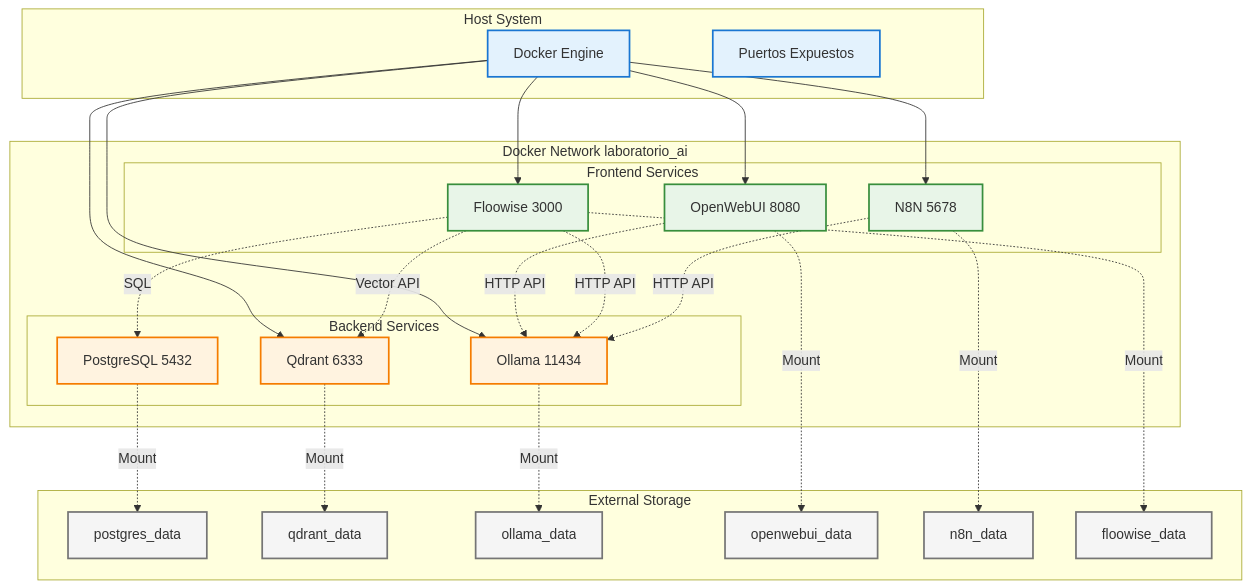
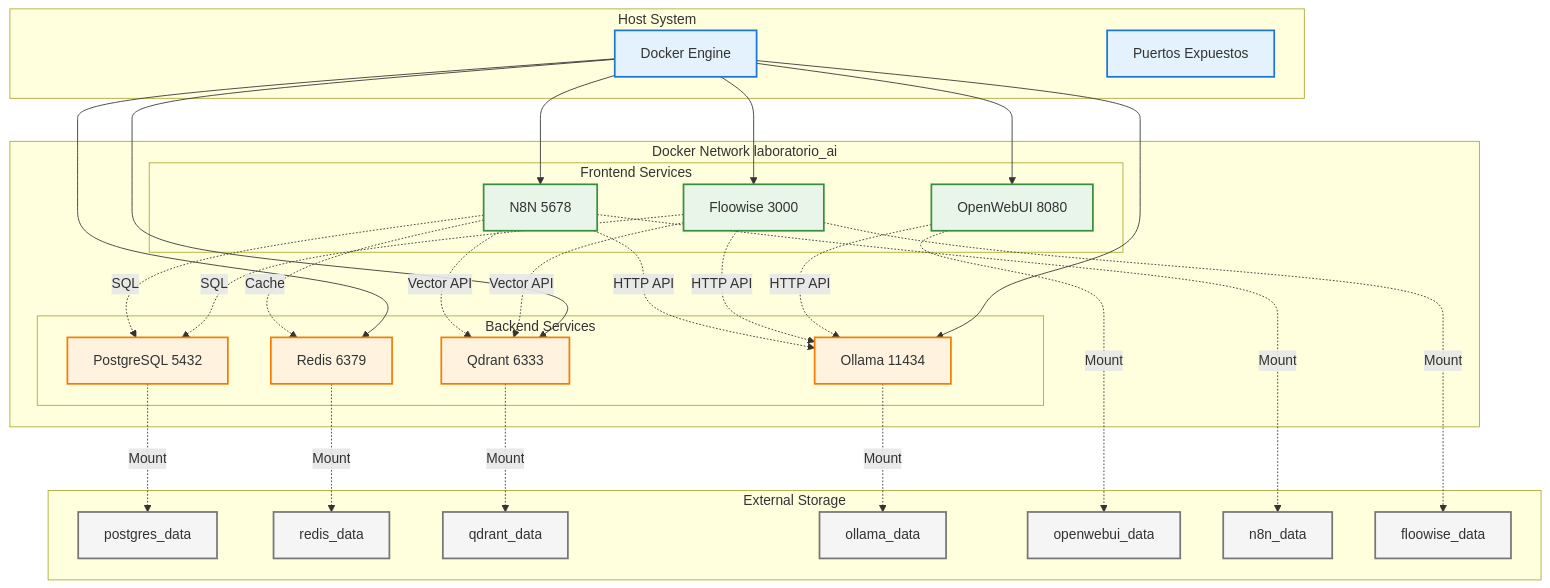
One commit to EdissonGirald0/laboratorioAI changed the eighth of 8 diagrams in README.md. Above: the diagram before and after it, drawn with Mermaid. The commit also changed other lines of this file and 16 other files, not shown here.

````diff
--- a/README.md
+++ b/README.md
@@ -327,59 +531,66 @@
 ```mermaid
 graph TB
-    subgraph HostSystem [Host System]
-        HOST[Docker Engine]
-        PORTS[Puertos Expuestos]
+    subgraph HostSystem ["Host System"]
+        HOST["Docker Engine"]
+        PORTS["Puertos Expuestos"]
     end
     
-    subgraph DockerNetwork [Docker Network laboratorio_ai]
-        subgraph Frontend [Frontend Services]
-            UI[OpenWebUI 8080]
-            N8N[N8N 5678]
-            FW[Floowise 3000]
+    subgraph DockerNetwork ["Docker Network laboratorio_ai"]
+        subgraph Frontend ["Frontend Services"]
+            UI["OpenWebUI 8080"]
+            N8N["N8N 5678"]
+            FW["Floowise 3000"]
         end
         
-        subgraph Backend [Backend Services]
-            OL[Ollama 11434]
-            PG[PostgreSQL 5432]
-            QD[Qdrant 6333]
+        subgraph Backend ["Backend Services"]
+            OL["Ollama 11434"]
+            PG["PostgreSQL 5432"]
+            RD["Redis 6379"]
+            QD["Qdrant 6333"]
         end
     end
     
-    subgraph Storage [External Storage]
-        VOL_PG[postgres_data]
-        VOL_QD[qdrant_data]
-        VOL_OL[ollama_data]
-        VOL_UI[openwebui_data]
-        VOL_N8N[n8n_data]
-        VOL_FW[floowise_data]
+    subgraph Storage ["External Storage"]
+        VOL_PG["postgres_data"]
+        VOL_RD["redis_data"]
+        VOL_QD["qdrant_data"]
+        VOL_OL["ollama_data"]
+        VOL_UI["openwebui_data"]
+        VOL_N8N["n8n_data"]
+        VOL_FW["floowise_data"]
     end
     
     HOST --> UI
     HOST --> N8N
     HOST --> FW
     HOST --> QD
     HOST --> OL
+    HOST --> RD
     
     UI -.->|HTTP API| OL
     FW -.->|SQL| PG
     FW -.->|Vector API| QD
     FW -.->|HTTP API| OL
     N8N -.->|HTTP API| OL
+    N8N -.->|SQL| PG
+    N8N -.->|Cache| RD
+    N8N -.->|Vector API| QD
     
     PG -.->|Mount| VOL_PG
+    RD -.->|Mount| VOL_RD
     QD -.->|Mount| VOL_QD
     OL -.->|Mount| VOL_OL
     UI -.->|Mount| VOL_UI
     N8N -.->|Mount| VOL_N8N
     FW -.->|Mount| VOL_FW
     
     classDef hostClass fill:#e3f2fd,stroke:#1976d2,stroke-width:2px
     classDef frontendClass fill:#e8f5e8,stroke:#388e3c,stroke-width:2px
     classDef backendClass fill:#fff3e0,stroke:#f57c00,stroke-width:2px
     classDef storageClass fill:#f5f5f5,stroke:#757575,stroke-width:2px
     
     class HOST,PORTS hostClass
     class UI,N8N,FW frontendClass
-    class OL,PG,QD backendClass
-    class VOL_PG,VOL_QD,VOL_OL,VOL_UI,VOL_N8N,VOL_FW storageClass
+    class OL,PG,RD,QD backendClass
+    class VOL_PG,VOL_RD,VOL_QD,VOL_OL,VOL_UI,VOL_N8N,VOL_FW storageClass
 ```
````
